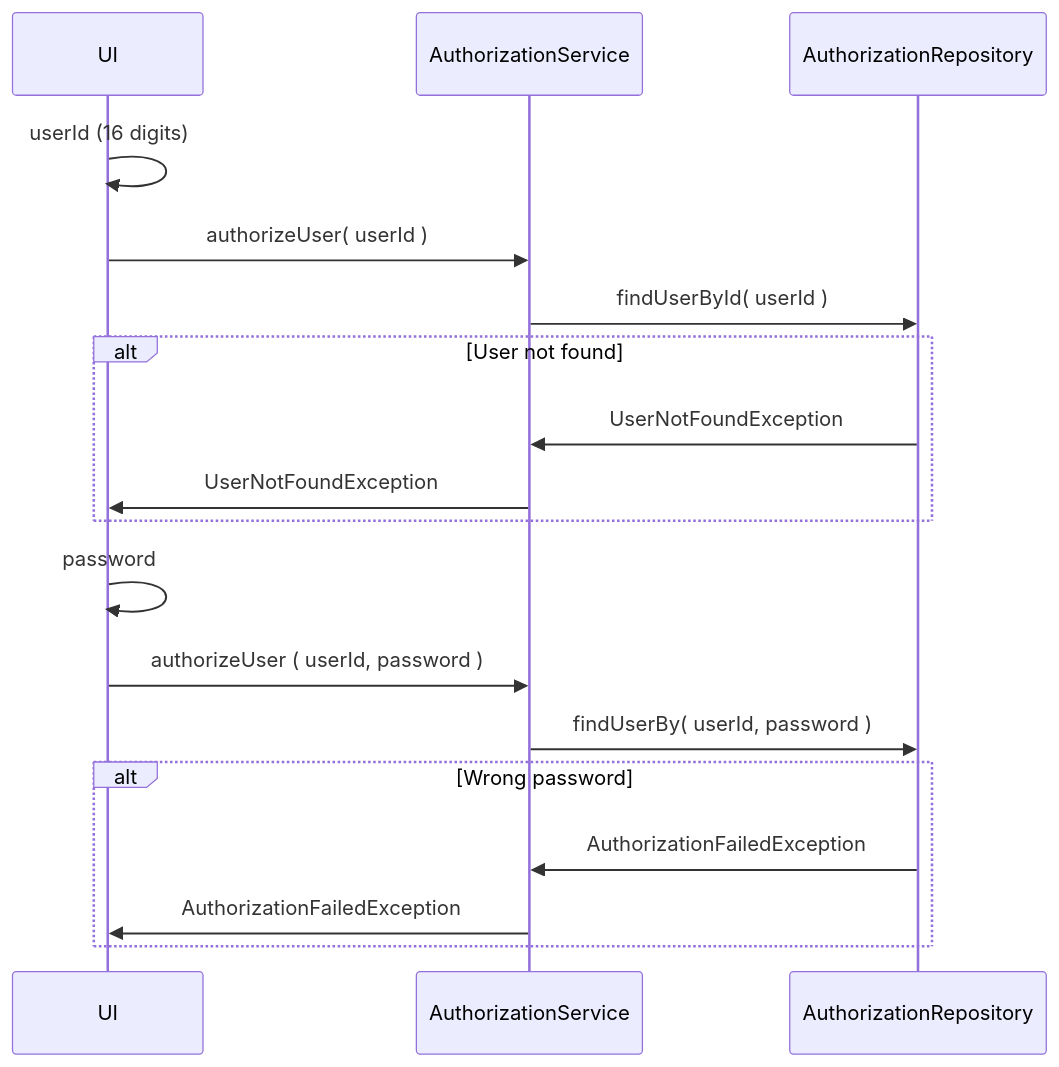
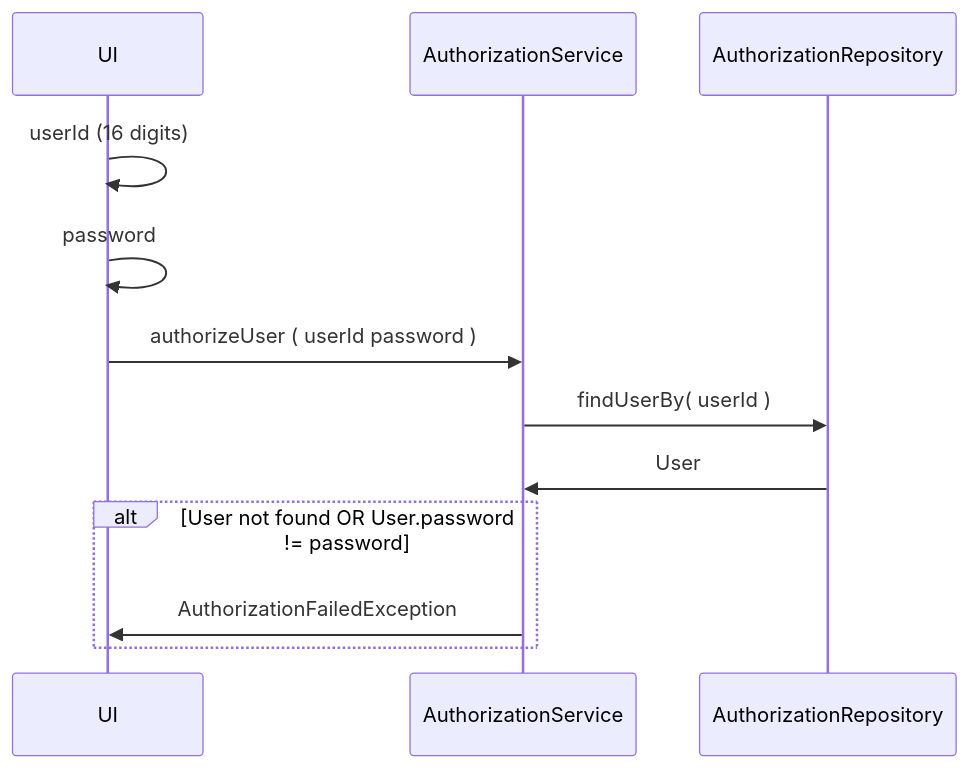
The fourth of 5 diagrams in README.md (Apameus/Vending_Machine), drawn with Mermaid before and after one commit. The commit also changed other lines of this file and 1 other file, not shown here.

````diff
--- a/README.md
+++ b/README.md
@@ -107,22 +101,15 @@
 ```mermaid
 sequenceDiagram
 participant UI
 participant AS as AuthorizationService
 participant AR as AuthorizationRepository
         
 UI ->> UI: userId (16 digits)
-UI ->> AS: authorizeUser( userId )
-AS ->> AR: findUserById( userId )
-alt User not found
-    AR ->> AS: UserNotFoundException
-    AS ->> UI: UserNotFoundException
-end
-
 UI ->> UI: password
-UI ->> AS: authorizeUser ( userId, password )
-AS ->> AR: findUserBy( userId, password )
-alt Wrong password
-    AR ->> AS: AuthorizationFailedException
+UI ->> AS: authorizeUser ( userId password )
+AS ->> AR: findUserBy( userId )
+AR ->> AS: User
+alt User not found OR User.password != password
     AS ->> UI: AuthorizationFailedException
 end
 ```
````
